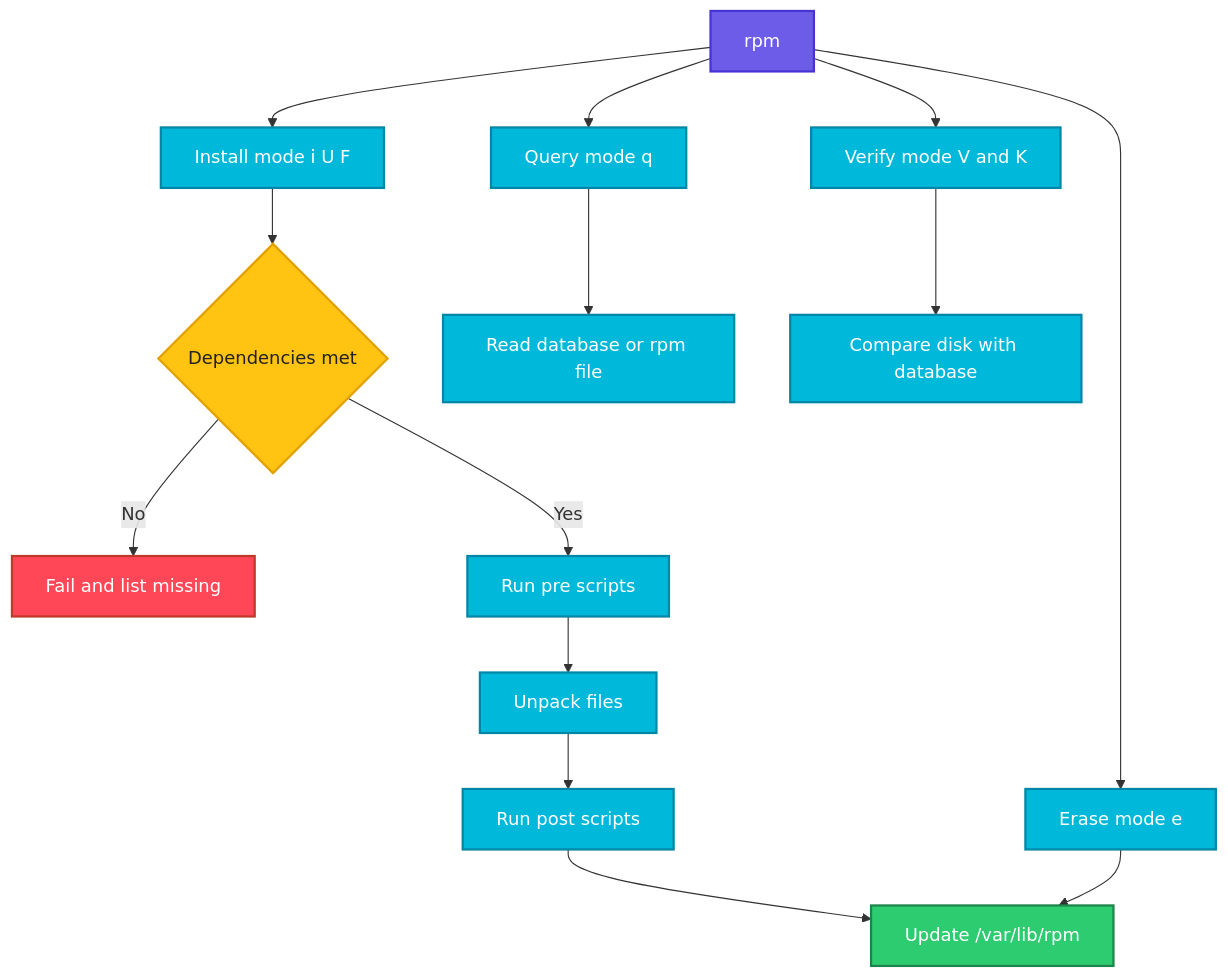
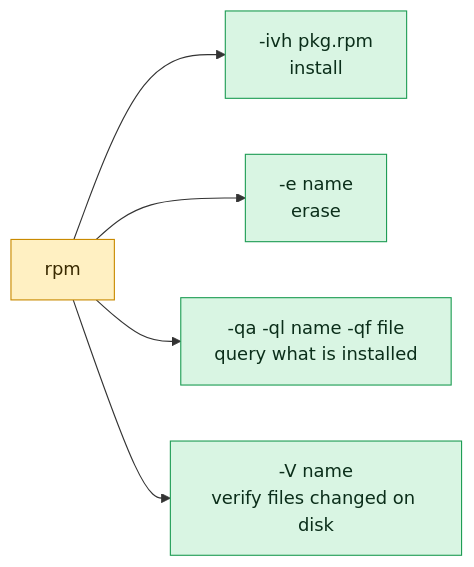
Before and after one commit to codeKerdosTech/DevOps-Documentation: the diagram in linux/package-management/rpm.md, drawn with Mermaid. The commit also changed other lines of this file and 165 other files, not shown here.

Commit message:
updated diagrams in linux

````diff
--- a/linux/package-management/rpm.md
+++ b/linux/package-management/rpm.md
@@ -36,26 +36,14 @@
 ```mermaid
-flowchart TD
-    A[rpm] --> B[Install mode i U F]
-    A --> C[Erase mode e]
-    A --> D[Query mode q]
-    A --> E[Verify mode V and K]
-    B --> F{Dependencies met}
-    F -->|No| G[Fail and list missing]
-    F -->|Yes| H[Run pre scripts]
-    H --> I[Unpack files]
-    I --> J[Run post scripts]
-    J --> K[Update /var/lib/rpm]
-    C --> K
-    D --> L[Read database or rpm file]
-    E --> M[Compare disk with database]
-    classDef start fill:#6C5CE7,stroke:#4834D4,stroke-width:2px,color:#fff
-    classDef proc fill:#00B8D9,stroke:#0087A8,stroke-width:2px,color:#fff
-    classDef dec fill:#FFC312,stroke:#E1A100,stroke-width:2px,color:#222
-    classDef ok fill:#2ECC71,stroke:#1E8449,stroke-width:2px,color:#fff
-    classDef err fill:#FF4757,stroke:#C0392B,stroke-width:2px,color:#fff
-    class A start
-    class B,C,D,E,H,I,J,L,M proc
-    class F dec
-    class K ok
-    class G err
+flowchart LR
+    c1[rpm] --> o1[-ivh pkg.rpm<br/>install]
+    c1 --> o2[-e name<br/>erase]
+    c1 --> o3[-qa   -ql name   -qf file<br/>query what is installed]
+    c1 --> o4[-V name<br/>verify files changed on disk]
+    classDef inp fill:#DCEBFF,stroke:#2F6FDE,color:#10213F
+    classDef cmd fill:#FFF0C2,stroke:#C98A00,color:#3A2A00
+    classDef out fill:#D9F5E3,stroke:#1F9D55,color:#0B2E1A
+    classDef bad fill:#FDE0E0,stroke:#D13B3B,color:#4A0F0F
+    classDef note fill:#ECEFF3,stroke:#7B8794,color:#1F2933
+    class c1 cmd
+    class o1,o2,o3,o4 out
 ```
````
